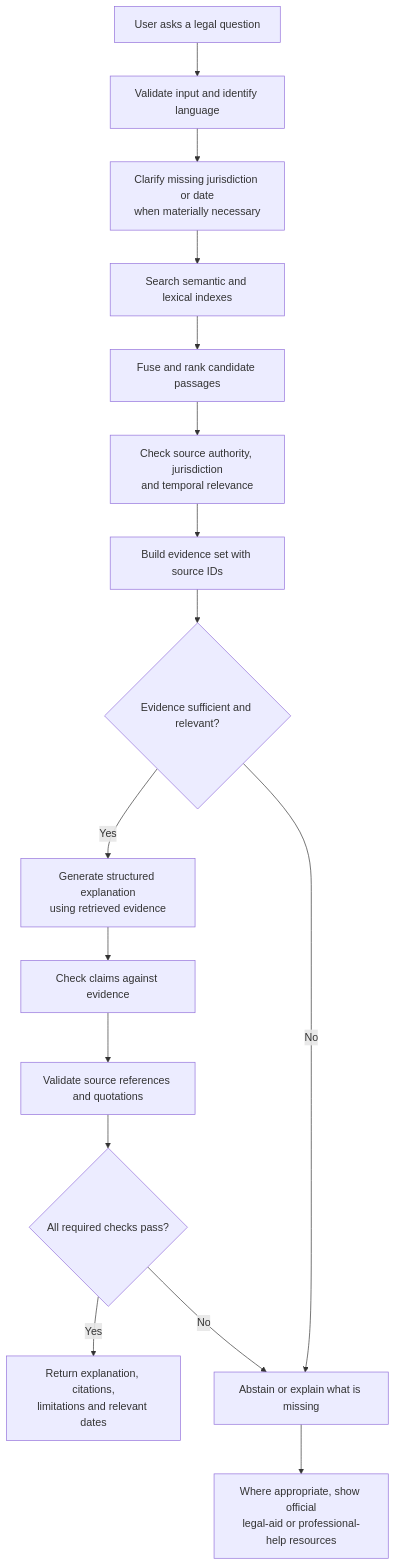
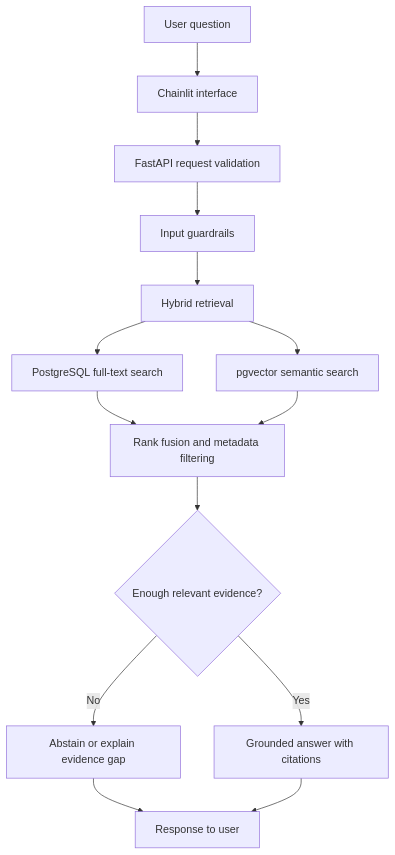
One commit to adrinjoseph/Advanced-RAG changed the first of 2 diagrams in README.md. Above: the diagram before and after it, drawn with Mermaid. The commit also changed other lines of this file and 117 other files, not shown here.

````diff
--- a/README.md
+++ b/README.md
@@ -170,25 +26,16 @@
 ```mermaid
 flowchart TD
-    A["User asks a legal question"]
-    B["Validate input and identify language"]
-    C["Clarify missing jurisdiction or date<br/>when materially necessary"]
-    D["Search semantic and lexical indexes"]
-    E["Fuse and rank candidate passages"]
-    F["Check source authority, jurisdiction<br/>and temporal relevance"]
-    G["Build evidence set with source IDs"]
-    H{"Evidence sufficient and relevant?"}
-    I["Generate structured explanation<br/>using retrieved evidence"]
-    J["Check claims against evidence"]
-    K["Validate source references and quotations"]
-    L{"All required checks pass?"}
-    M["Return explanation, citations,<br/>limitations and relevant dates"]
-    N["Abstain or explain what is missing"]
-    O["Where appropriate, show official<br/>legal-aid or professional-help resources"]
-
-    A --> B --> C --> D --> E --> F --> G --> H
-    H -->|Yes| I --> J --> K --> L
-    H -->|No| N
-    L -->|Yes| M
-    L -->|No| N
-    N --> O
+    A[User question] --> B[Chainlit interface]
+    B --> C[FastAPI request validation]
+    C --> D[Input guardrails]
+    D --> E[Hybrid retrieval]
+    E --> F[PostgreSQL full-text search]
+    E --> G[pgvector semantic search]
+    F --> H[Rank fusion and metadata filtering]
+    G --> H
+    H --> I{Enough relevant evidence?}
+    I -- No --> J[Abstain or explain evidence gap]
+    I -- Yes --> K[Grounded answer with citations]
+    J --> L[Response to user]
+    K --> L
 ```
````
